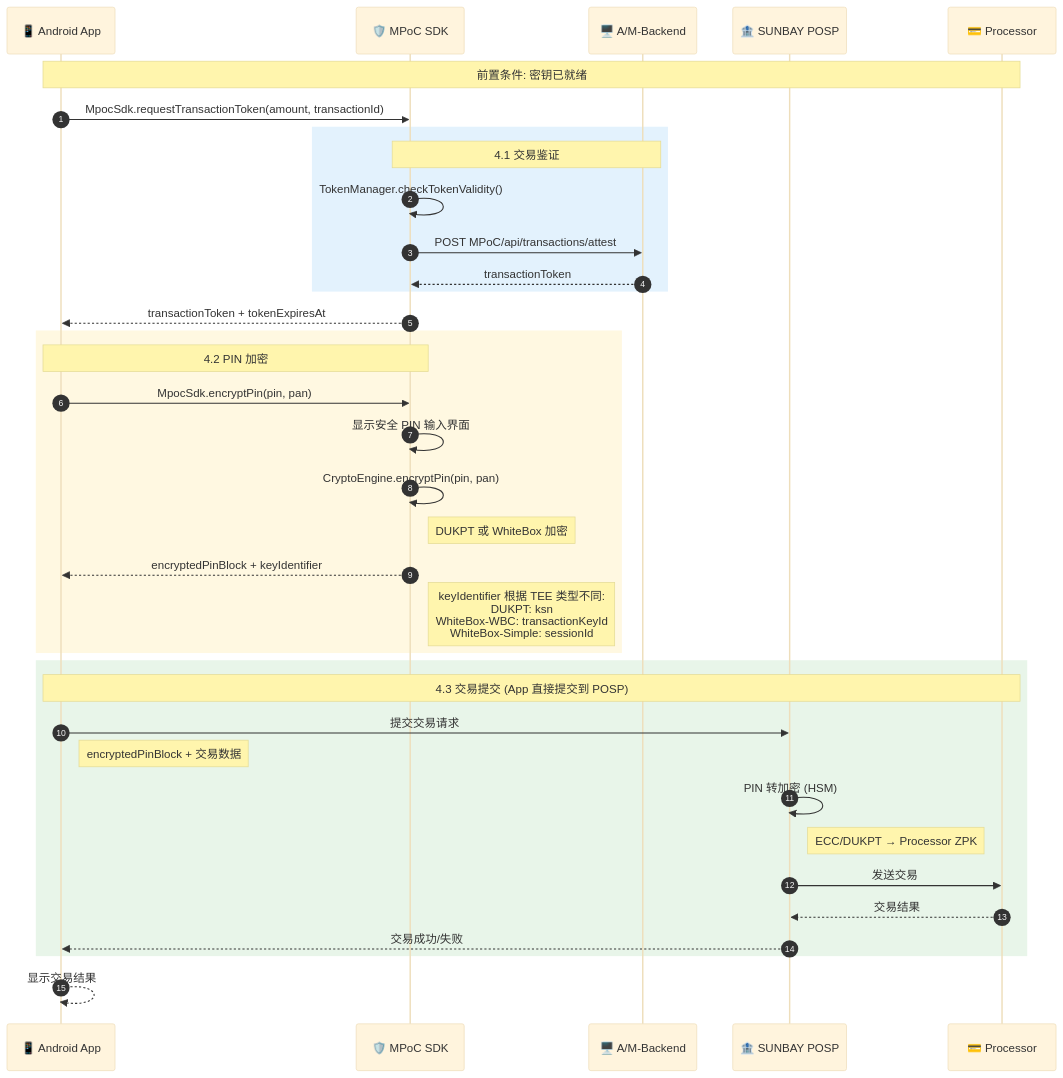
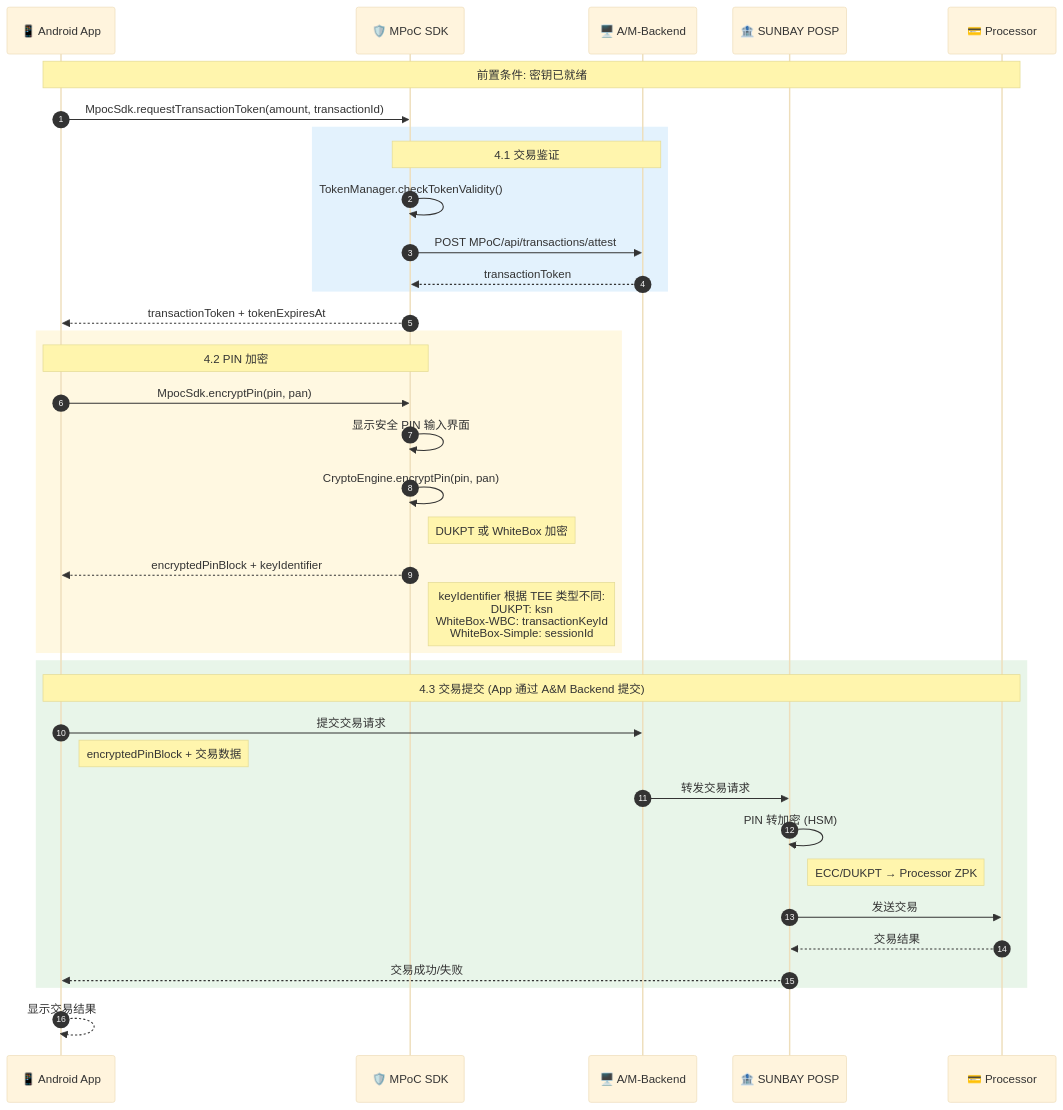
One commit to kevinwangl/sunbay-softpos-docs changed diagram 16 of 21 in solution/MPOC_SDK_API_GUIDE.md. Above: the diagram before and after it, drawn with Mermaid (base theme). The commit also changed other lines of this file, not shown here.

````diff
--- a/solution/MPOC_SDK_API_GUIDE.md
+++ b/solution/MPOC_SDK_API_GUIDE.md
@@ -1461,46 +1461,47 @@
 ```mermaid
 sequenceDiagram
     autonumber
     participant App as 📱 Android App
     participant SDK as 🛡️ MPoC SDK
     participant Backend as 🖥️ A/M-Backend
     participant POSP as 🏦 SUNBAY POSP
     participant Processor as 💳 Processor
 
     Note over App,Processor: 前置条件: 密钥已就绪
     
     App->>SDK: MpocSdk.requestTransactionToken(amount, transactionId)
     
     rect rgb(227, 242, 253)
         Note over SDK,Backend: 4.1 交易鉴证
         SDK->>SDK: TokenManager.checkTokenValidity()
         SDK->>Backend: POST MPoC/api/transactions/attest
         Backend-->>SDK: transactionToken
     end
     
     SDK-->>App: transactionToken + tokenExpiresAt
     
     rect rgb(255, 248, 225)
         Note over App,SDK: 4.2 PIN 加密
         App->>SDK: MpocSdk.encryptPin(pin, pan)
         SDK->>SDK: 显示安全 PIN 输入界面
         SDK->>SDK: CryptoEngine.encryptPin(pin, pan)
         Note right of SDK: DUKPT 或 WhiteBox 加密
         SDK-->>App: encryptedPinBlock + keyIdentifier
         Note right of SDK: keyIdentifier 根据 TEE 类型不同:<br/>DUKPT: ksn<br/>WhiteBox-WBC: transactionKeyId<br/>WhiteBox-Simple: sessionId
     end
     
     rect rgb(232, 245, 233)
-        Note over App,Processor: 4.3 交易提交 (App 直接提交到 POSP)
-        App->>POSP: 提交交易请求
+        Note over App,Processor: 4.3 交易提交 (App 通过 A&M Backend 提交)
+        App->>Backend: 提交交易请求
         Note right of App: encryptedPinBlock + 交易数据
+        Backend->>POSP: 转发交易请求
         
         POSP->>POSP: PIN 转加密 (HSM)
         Note right of POSP: ECC/DUKPT → Processor ZPK
         POSP->>Processor: 发送交易
         Processor-->>POSP: 交易结果
         POSP-->>App: 交易成功/失败
     end
     
     App-->>App: 显示交易结果
 ```
````
